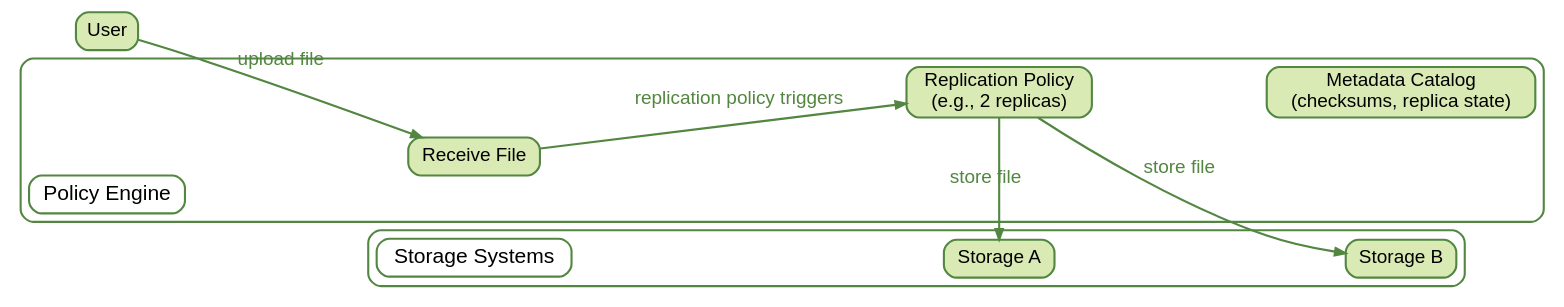
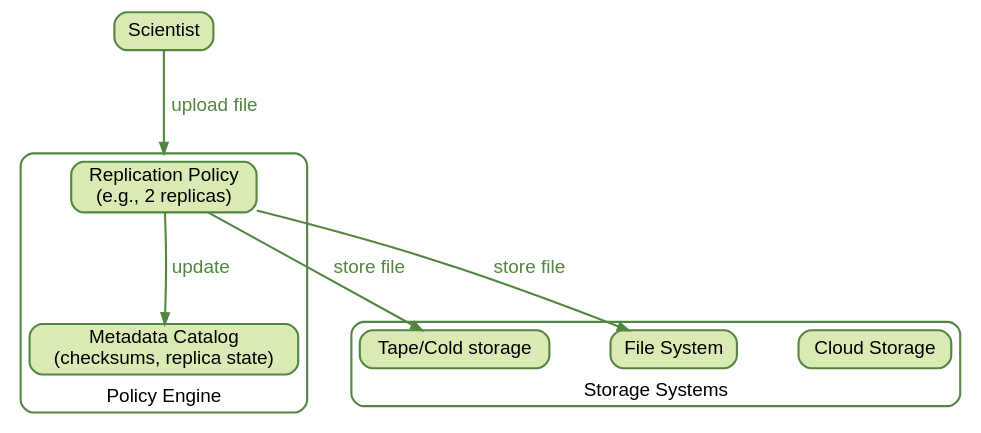
The second of 6 diagrams in book/policy-engines.qmd (chStaiger/rdm-tech-foundations), drawn with Graphviz before and after one commit. The commit also changed other lines of this file and 3 other files, not shown here.

````diff
--- a/book/policy-engines.qmd
+++ b/book/policy-engines.qmd
@@ -257,12 +210,13 @@
 digraph replication_flow {
 
     graph [
-        rankdir=LR,
+        rankdir=TB,
         bgcolor="white",
         fontname="Helvetica",
         fontsize=18,
         nodesep=0.8,
-        ranksep=1.2
+        ranksep=1.2,
+        compound=true
     ];
 
     node [
@@ -286,77 +240,47 @@
     // ----------------------------------------------------
     // User node
     // ----------------------------------------------------
-    User [label="User"];
+    User [label="Scientist"];
 
     // ----------------------------------------------------
     // Policy Engine cluster (vertical stacking)
     // ----------------------------------------------------
     subgraph cluster_policy_engine {
-        label="";
+        label="Policy Engine";
         color="#528641";
         penwidth=2;
         style="rounded";
+        labelloc=b;
 
-        PEHeader [
-            label="Policy Engine",
-            shape=box,
-            style="rounded",
-            color="#528641",
-            fillcolor="white",
-            penwidth=2,
-            fontsize=20
-        ];
-
-        Upload  [label="Receive File"];
         Policy  [label="Replication Policy\n(e.g., 2 replicas)"];
         Catalog [label="Metadata Catalog\n(checksums, replica state)"];
 
         // Invisible vertical chain
-        PEHeader -> Upload  [style=invis, weight=50];
-        Upload   -> Policy  [style=invis, weight=50];
-        Policy   -> Catalog [style=invis, weight=50];
+        Policy   -> Catalog [style=invis, weight=500];
     }
 
     // ----------------------------------------------------
     // Storage Systems cluster (vertical stacking)
     // ----------------------------------------------------
     subgraph cluster_storage {
-        label="";
+        label="Storage Systems";
         color="#528641";
         penwidth=2;
         style="rounded";
+        labelloc=b;
+        
+        B [label="Cloud Storage"];
+        C [label="Tape/Cold storage"]
+        A [label="File System"];
 
-        StorageHeader [
-            label="Storage Systems",
-            shape=box,
-            style="rounded",
-            color="#528641",
-            fillcolor="white",
-            penwidth=2,
-            fontsize=20
-        ];
-
-        A [label="Storage A"];
-        B [label="Storage B"];
-
-        // Invisible vertical chain
-        StorageHeader -> A [style=invis, weight=50];
-        A             -> B [style=invis, weight=50];
     }
-
-    // ----------------------------------------------------
-    // Align clusters vertically (TB mode)
-    // ----------------------------------------------------
-    PEHeader -> StorageHeader [style=invis, weight=200];
 
     // ----------------------------------------------------
     // Visible edges (actual flow)
     // ----------------------------------------------------
-    User   -> Upload  [label="upload file"];
-    Upload -> Policy  [label="replication policy triggers"];
+    User   -> Policy  [label="upload file", lhead="cluster_policy_engine"];
     Policy -> A       [label="store file"];
-    Policy -> B       [label="store file"];
-}
-    
-    
+    Policy -> C       [label="store file"];
+    Policy -> Catalog [label="update"];
+}   
 ```
````
